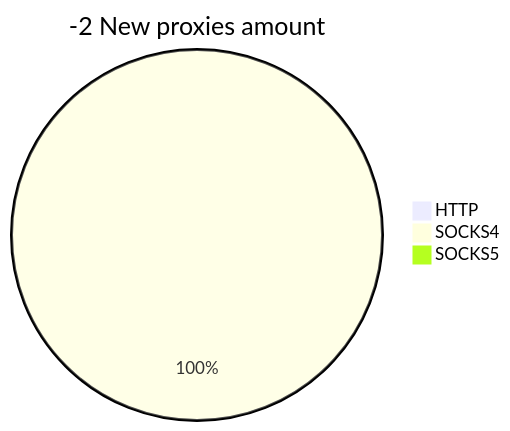
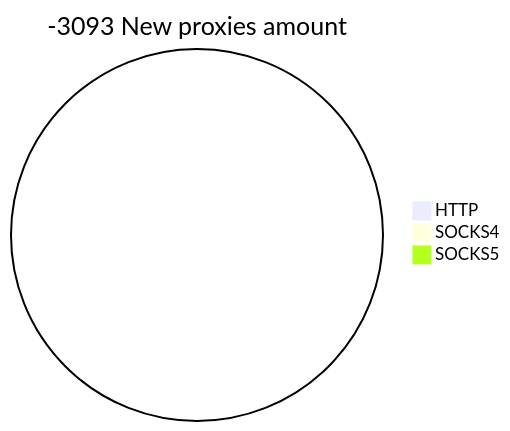
Before and after one commit to cutipu/proxylist: the second of 2 diagrams in README.md, drawn with Mermaid. The commit also changed other lines of this file, not shown here.

````diff
--- a/README.md
+++ b/README.md
@@ -10,6 +10,6 @@
 ```mermaid
-pie title -2 New proxies amount
+pie title -3093 New proxies amount
     "HTTP" : 0
-    "SOCKS4" : 2
+    "SOCKS4" : 0
     "SOCKS5" : 0
 ```
````
